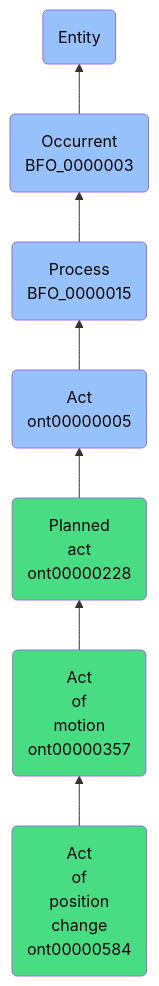
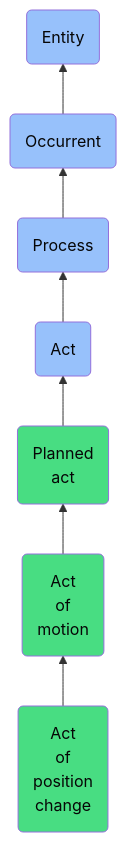
The diagram in docs/ontology/reference/model/Entity/Occurrent/Process/Act/Planned act/Act of motion/Act of position change/Act of position change.md (jupyter-naas/abi), drawn with Mermaid before and after one commit. The commit also changed other lines of this file and 1430 other files, not shown here.

````diff
--- a/docs/ontology/reference/model/Entity/Occurrent/Process/Act/Planned act/Act of motion/Act of position change/Act of position change.md
+++ b/docs/ontology/reference/model/Entity/Occurrent/Process/Act/Planned act/Act of motion/Act of position change/Act of position change.md
@@ -27,14 +27,14 @@
 ```mermaid
 graph BT
-    ont00000584(Act<br>of<br>position<br>change<br>ont00000584):::ABI-->ont00000357
-    ont00000357(Act<br>of<br>motion<br>ont00000357):::ABI-->ont00000228
-    ont00000228(Planned<br>act<br>ont00000228):::ABI-->ont00000005
-    ont00000005(Act<br>ont00000005):::BFO-->BFO_0000015
-    BFO_0000015(Process<br>BFO_0000015):::BFO-->BFO_0000003
-    BFO_0000003(Occurrent<br>BFO_0000003):::BFO-->BFO_0000001
+    ont00000584(Act<br>of<br>position<br>change):::ABI-->ont00000357
+    ont00000357(Act<br>of<br>motion):::ABI-->ont00000228
+    ont00000228(Planned<br>act):::ABI-->ont00000005
+    ont00000005(Act):::BFO-->BFO_0000015
+    BFO_0000015(Process):::BFO-->BFO_0000003
+    BFO_0000003(Occurrent):::BFO-->BFO_0000001
     BFO_0000001(Entity):::BFO
     
     classDef BFO fill:#97c1fb,color:#060606
     classDef CCO fill:#e4c51e,color:#060606
     classDef ABI fill:#48DD82,color:#060606
 ```
````
